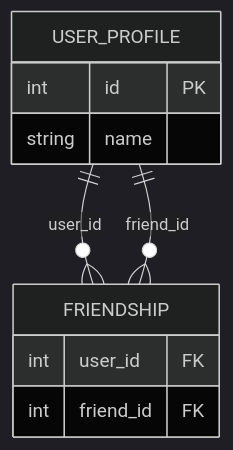
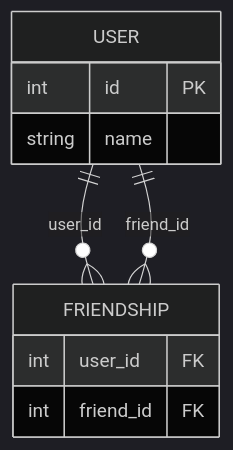
Before and after one commit to aaryan-pradhan/core-cs-fundamentals: diagram 12 of 13 in dbms/15-nosql.md, drawn with Mermaid (dark theme). The commit also changed other lines of this file, not shown here.

````diff
--- a/dbms/15-nosql.md
+++ b/dbms/15-nosql.md
@@ -293,13 +172,13 @@
 ```mermaid
 erDiagram
-  USER_PROFILE ||--o{ FRIENDSHIP : "user_id"
-  USER_PROFILE ||--o{ FRIENDSHIP : "friend_id"
-  USER_PROFILE {
+  USER ||--o{ FRIENDSHIP : "user_id"
+  USER ||--o{ FRIENDSHIP : "friend_id"
+  USER {
     int id PK
     string name
   }
   FRIENDSHIP {
     int user_id FK
     int friend_id FK
   }
 ```
````
